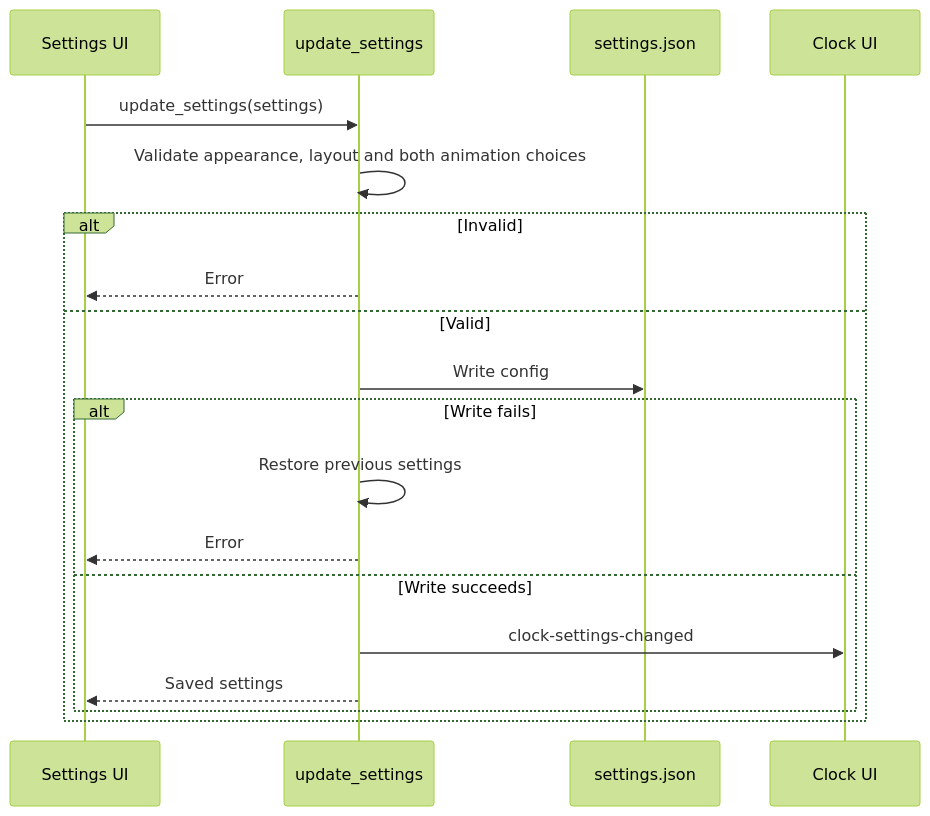
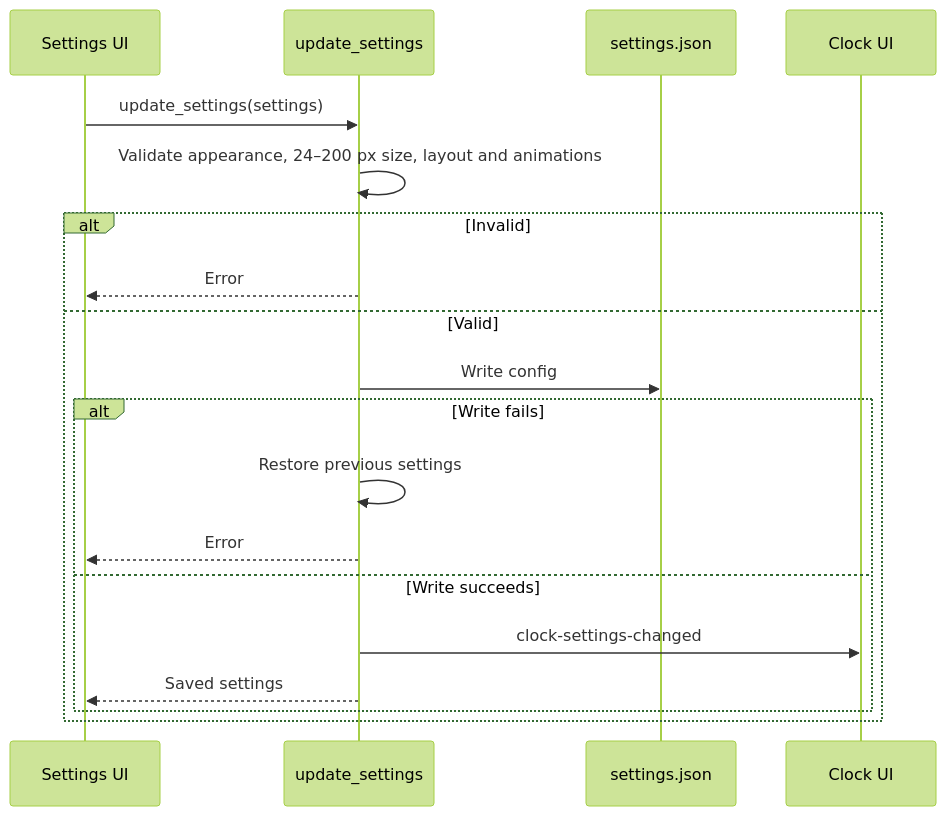
Before and after one commit to tbkmax/TopClock: the second of 2 diagrams in src-tauri/src/doc/workflow_diagram.md, drawn with Mermaid (forest theme). The commit also changed 16 other files, not shown here.

Commit message:
feat(setting, clock): separate animation, fix clock hour digits, increase max clock size 2

````diff
--- a/src-tauri/src/doc/workflow_diagram.md
+++ b/src-tauri/src/doc/workflow_diagram.md
@@ -39,21 +39,21 @@
 ```mermaid
 sequenceDiagram
     participant UI as Settings UI
     participant Rust as update_settings
     participant File as settings.json
     participant Clock as Clock UI
     UI->>Rust: update_settings(settings)
-    Rust->>Rust: Validate appearance, layout and both animation choices
+    Rust->>Rust: Validate appearance, 24–200 px size, layout and animations
     alt Invalid
         Rust-->>UI: Error
     else Valid
         Rust->>File: Write config
         alt Write fails
             Rust->>Rust: Restore previous settings
             Rust-->>UI: Error
         else Write succeeds
             Rust->>Clock: clock-settings-changed
             Rust-->>UI: Saved settings
         end
     end
 ```
````
